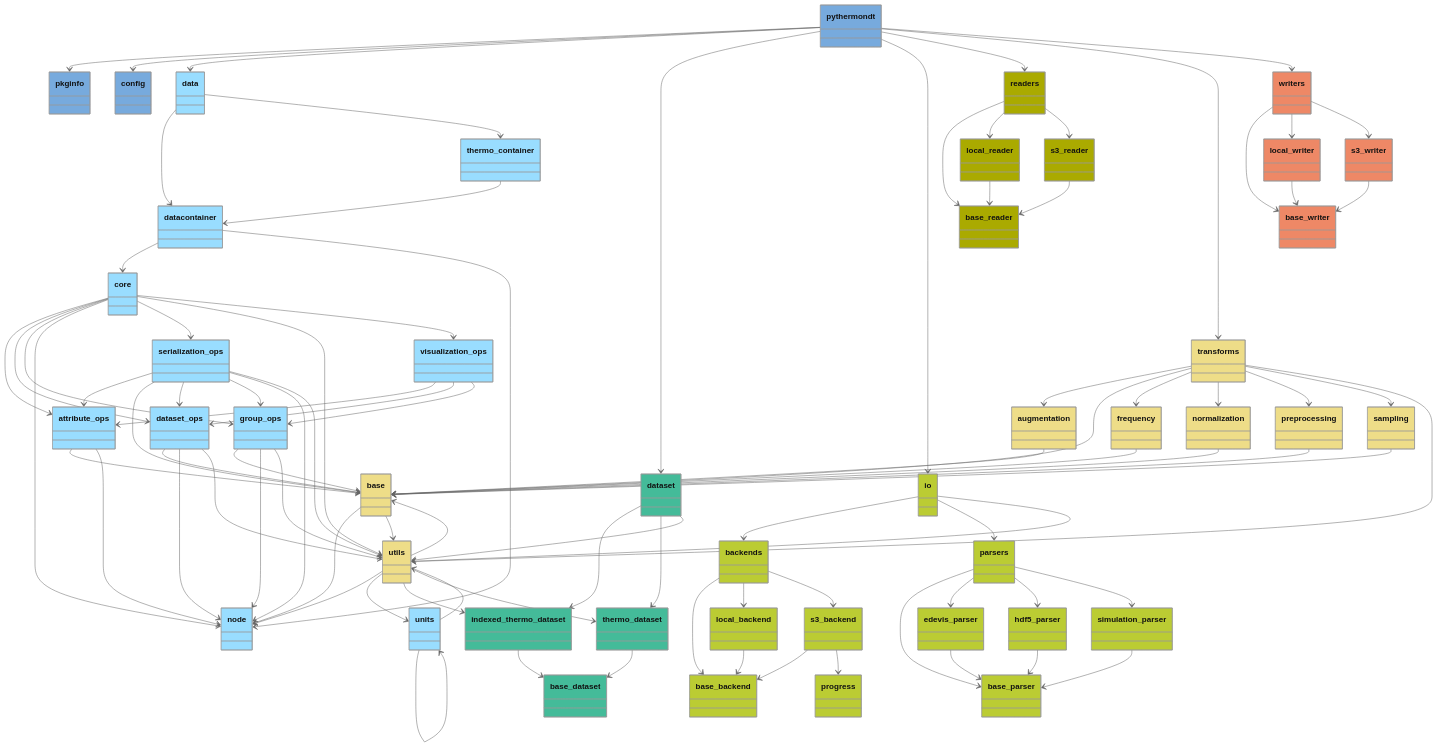
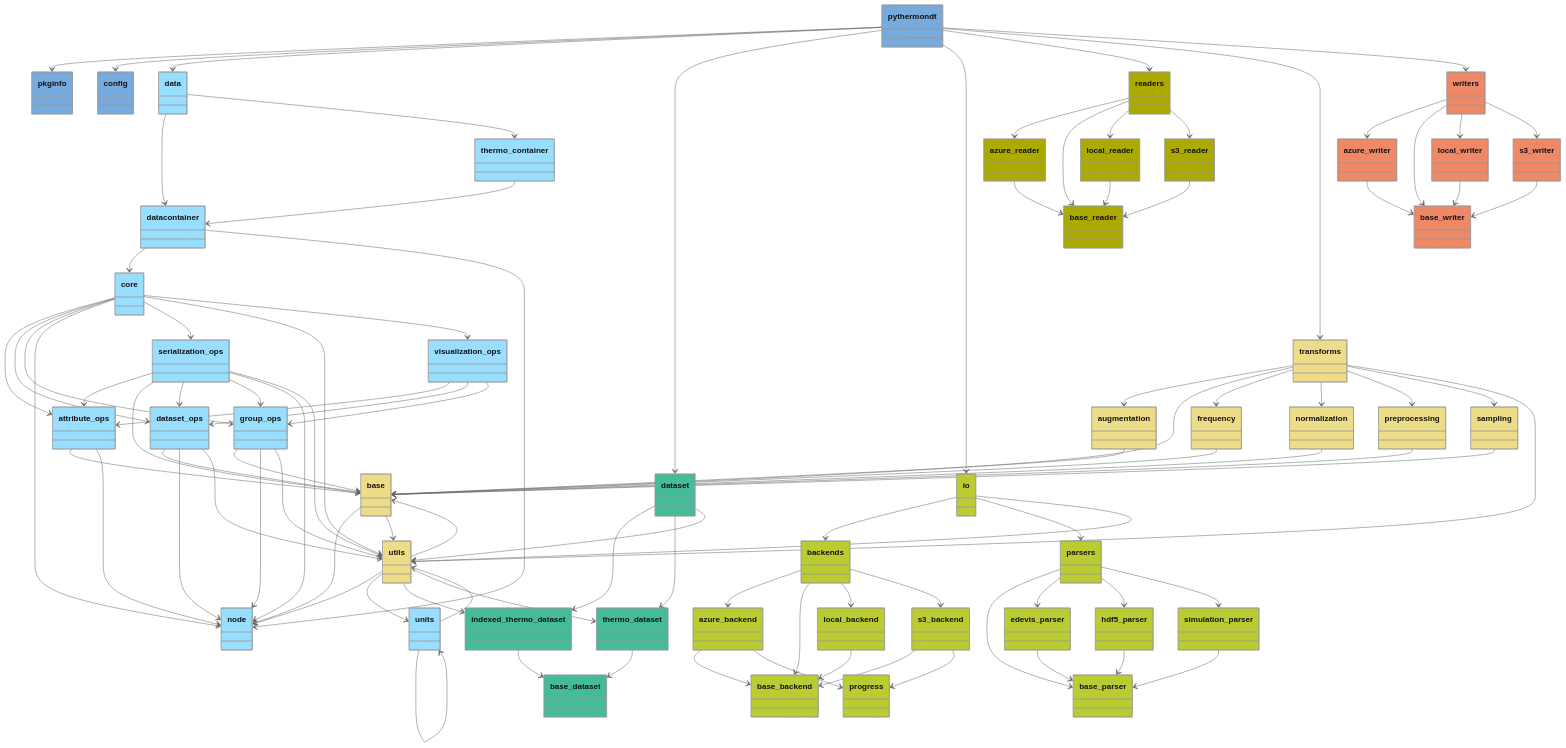
Before and after one commit to voidsy-gmbh/pyThermoNDT: the diagram in docs/pyreverse/mermaid/packages_pythermondt.mmd, drawn with Mermaid (neutral theme). The commit also changed 21 other files, not shown here.

```diff
--- a/docs/pyreverse/mermaid/packages_pythermondt.mmd
+++ b/docs/pyreverse/mermaid/packages_pythermondt.mmd
@@ -74,6 +74,9 @@
   class backends {
   }
   style backends fill:#BBCC33
+  class azure_backend {
+  }
+  style azure_backend fill:#BBCC33
   class base_backend {
   }
   style base_backend fill:#BBCC33
@@ -107,6 +110,9 @@
   class readers {
   }
   style readers fill:#AAAA00
+  class azure_reader {
+  }
+  style azure_reader fill:#AAAA00
   class base_reader {
   }
   style base_reader fill:#AAAA00
@@ -143,6 +149,9 @@
   class writers {
   }
   style writers fill:#EE8866
+  class azure_writer {
+  }
+  style azure_writer fill:#EE8866
   class base_writer {
   }
   style base_writer fill:#EE8866
@@ -205,9 +214,12 @@
   io --> backends
   io --> parsers
   io --> utils
+  backends --> azure_backend
   backends --> base_backend
   backends --> local_backend
   backends --> s3_backend
+  azure_backend --> base_backend
+  azure_backend --> progress
   local_backend --> base_backend
   s3_backend --> base_backend
   s3_backend --> progress
@@ -218,9 +230,11 @@
   edevis_parser --> base_parser
   hdf5_parser --> base_parser
   simulation_parser --> base_parser
+  readers --> azure_reader
   readers --> base_reader
   readers --> local_reader
   readers --> s3_reader
+  azure_reader --> base_reader
   local_reader --> base_reader
   s3_reader --> base_reader
   transforms --> augmentation
@@ -236,8 +250,10 @@
   preprocessing --> base
   sampling --> base
   utils --> base
+  writers --> azure_writer
   writers --> base_writer
   writers --> local_writer
   writers --> s3_writer
+  azure_writer --> base_writer
   local_writer --> base_writer
   s3_writer --> base_writer
```
